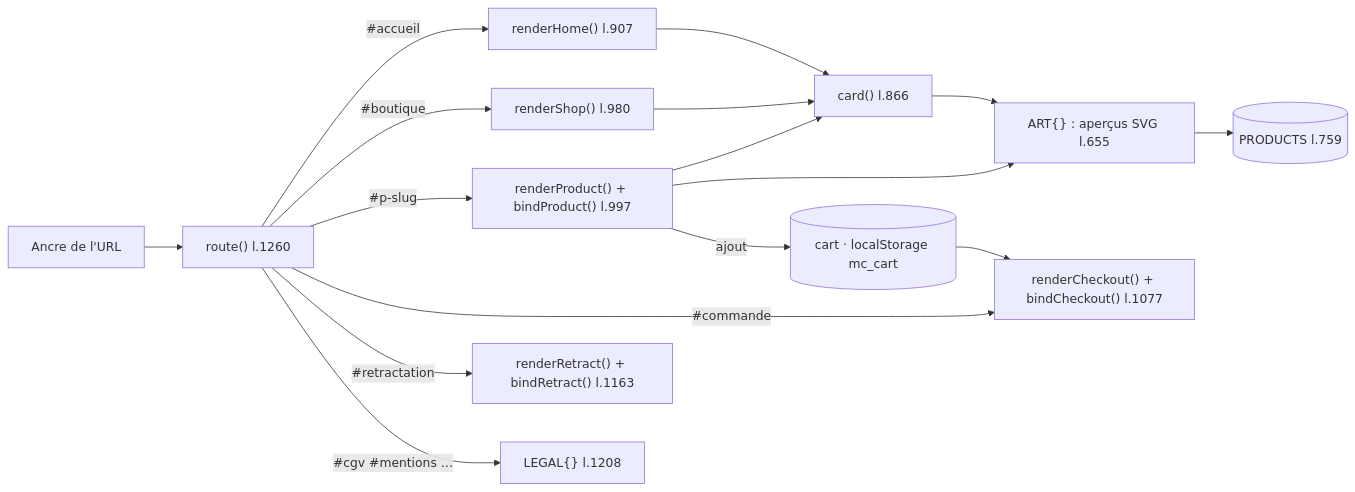
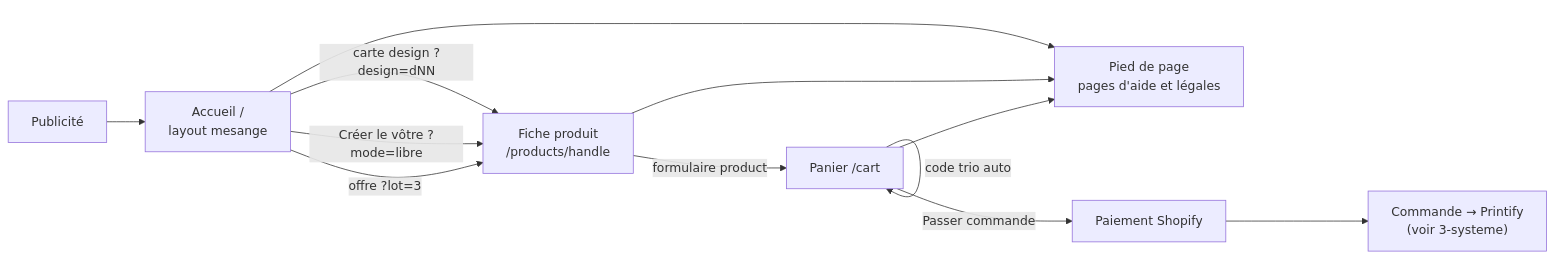
Before and after one commit to SylvainCode42A/Drop-Shipping-Agentique: the diagram in 5-boutique/1-vue-ensemble/OVR - Boutique NolaPrint.md, drawn with Mermaid. The commit also changed other lines of this file and 12 other files, not shown here.

````diff
--- a/5-boutique/1-vue-ensemble/OVR - Boutique NolaPrint.md
+++ b/5-boutique/1-vue-ensemble/OVR - Boutique NolaPrint.md
@@ -31,15 +35,12 @@
 ```mermaid
 flowchart LR
-    H[Ancre de l'URL] --> R["route() l.1260"]
-    R -->|#accueil| HOME["renderHome() l.907"]
-    R -->|#boutique| SHOP["renderShop() l.980"]
-    R -->|#p-slug| PDP["renderProduct() + bindProduct() l.997"]
-    R -->|#commande| CO["renderCheckout() + bindCheckout() l.1077"]
-    R -->|#retractation| RT["renderRetract() + bindRetract() l.1163"]
-    R -->|#cgv #mentions …| LEG["LEGAL{} l.1208"]
-    HOME & SHOP & PDP --> CARD["card() l.866"]
-    CARD & PDP --> ART["ART{} : aperçus SVG l.655"]
-    ART --> P[("PRODUCTS l.759")]
-    PDP -->|ajout| CART[("cart · localStorage mc_cart")]
-    CART --> CO
+    AD[Publicité] --> HOME["Accueil /<br/>layout mesange"]
+    HOME -->|carte design ?design=dNN| PDP["Fiche produit<br/>/products/handle"]
+    HOME -->|Créer le vôtre ?mode=libre| PDP
+    HOME -->|offre ?lot=3| PDP
+    PDP -->|formulaire product| CART["Panier /cart"]
+    CART -->|code trio auto| CART
+    CART -->|Passer commande| CO["Paiement Shopify"]
+    CO --> PF["Commande → Printify<br/>(voir 3-systeme)"]
+    HOME & PDP & CART --> FOOT["Pied de page<br/>pages d'aide et légales"]
 ```
````
